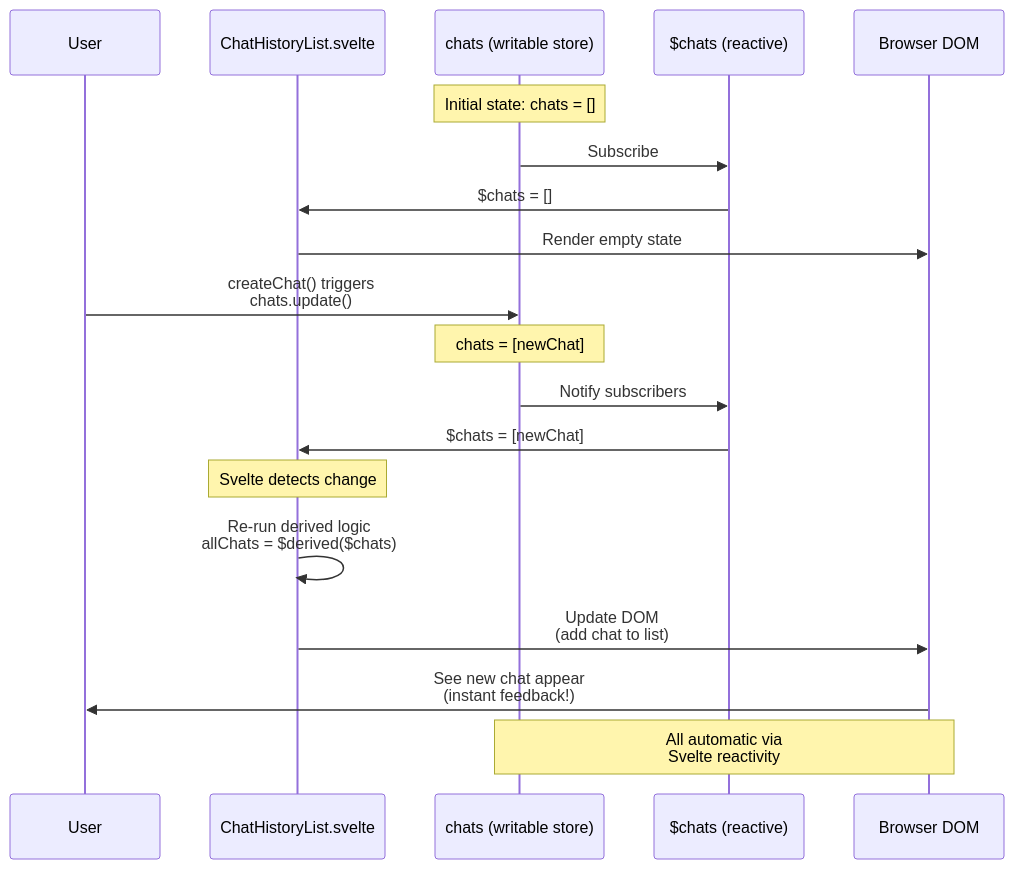
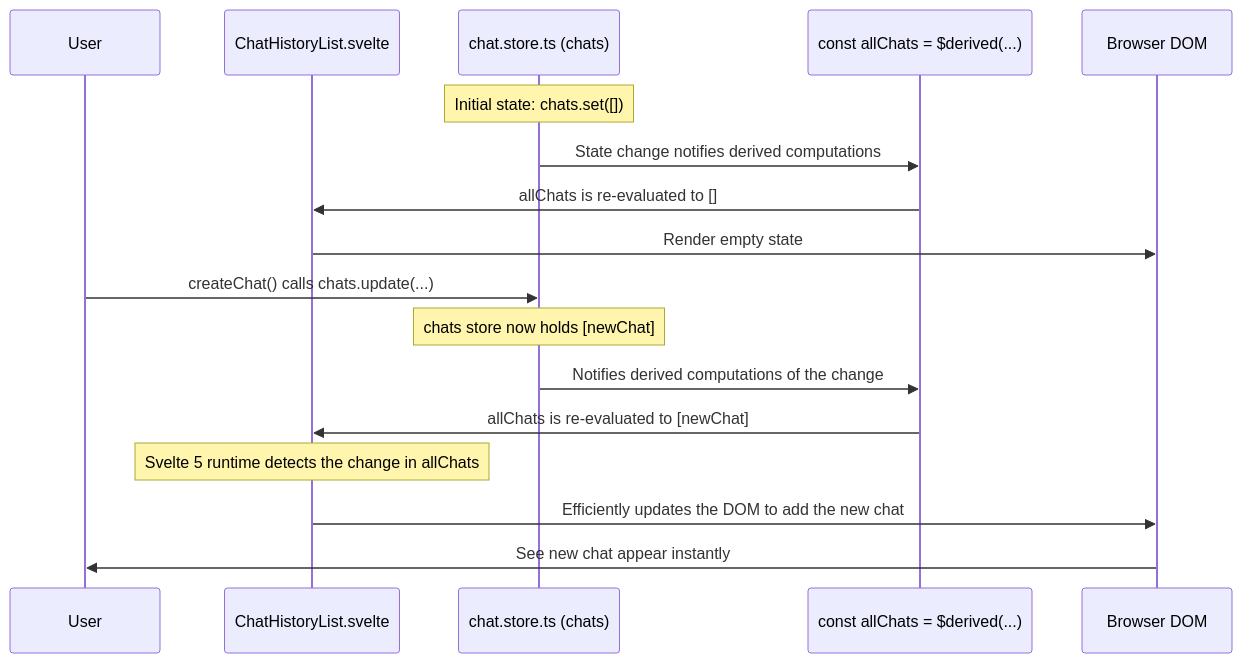
Before and after one commit to m1981/mychat-svelte: the fourth of 5 diagrams in doc/specs/3-flows.md, drawn with Mermaid. The commit also changed other lines of this file, not shown here.

Commit message:
ref: update local-db.ts references in flows

````diff
--- a/doc/specs/3-flows.md
+++ b/doc/specs/3-flows.md
@@ -134,31 +135,27 @@
 ```mermaid
 
 sequenceDiagram
     participant User
     participant Component as ChatHistoryList.svelte
-    participant Store as chats (writable store)
-    participant Derived as $chats (reactive)
+    participant Store as chat.store.ts (chats)
+    participant DerivedState as const allChats = $derived(...)
     participant DOM as Browser DOM
 
-    Note over Store: Initial state: chats = []
+    Note over Store: Initial state: chats.set([])
     
-    Store->>Derived: Subscribe
-    Derived->>Component: $chats = []
+    Store->>DerivedState: State change notifies derived computations
+    DerivedState->>Component: allChats is re-evaluated to []
     Component->>DOM: Render empty state
     
-    User->>Store: createChat() triggers<br/>chats.update()
+    User->>Store: createChat() calls chats.update(...)
     
-    Note over Store: chats = [newChat]
+    Note over Store: chats store now holds [newChat]
     
-    Store->>Derived: Notify subscribers
-    Derived->>Component: $chats = [newChat]
+    Store->>DerivedState: Notifies derived computations of the change
+    DerivedState->>Component: allChats is re-evaluated to [newChat]
     
-    Note over Component: Svelte detects change
-    Component->>Component: Re-run derived logic<br/>allChats = $derived($chats)
+    Note over Component: Svelte 5 runtime detects the change in allChats
+    Component->>DOM: Efficiently updates the DOM to add the new chat
     
-    Component->>DOM: Update DOM<br/>(add chat to list)
-    
-    DOM->>User: See new chat appear<br/>(instant feedback!)
-    
-    Note over Store,DOM: All automatic via<br/>Svelte reactivity
+    DOM->>User: See new chat appear instantly
 ```
````
